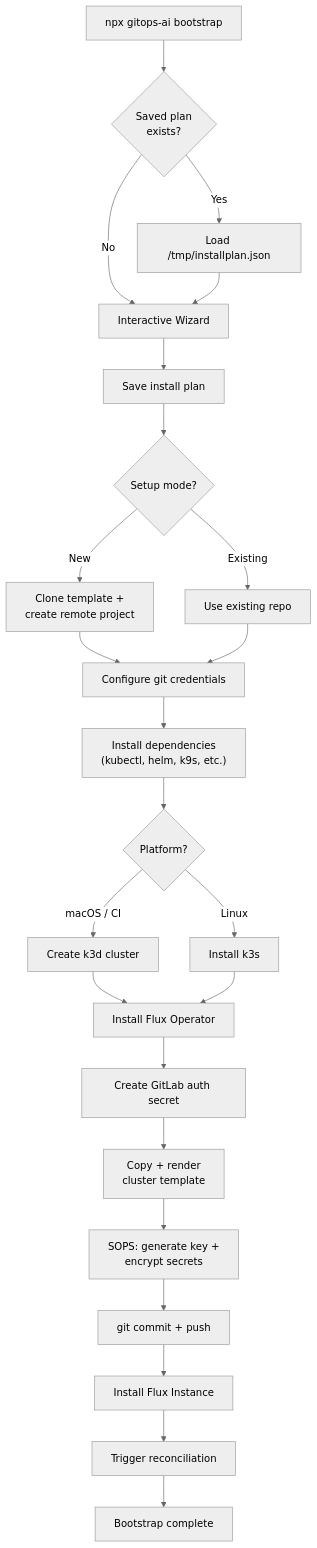
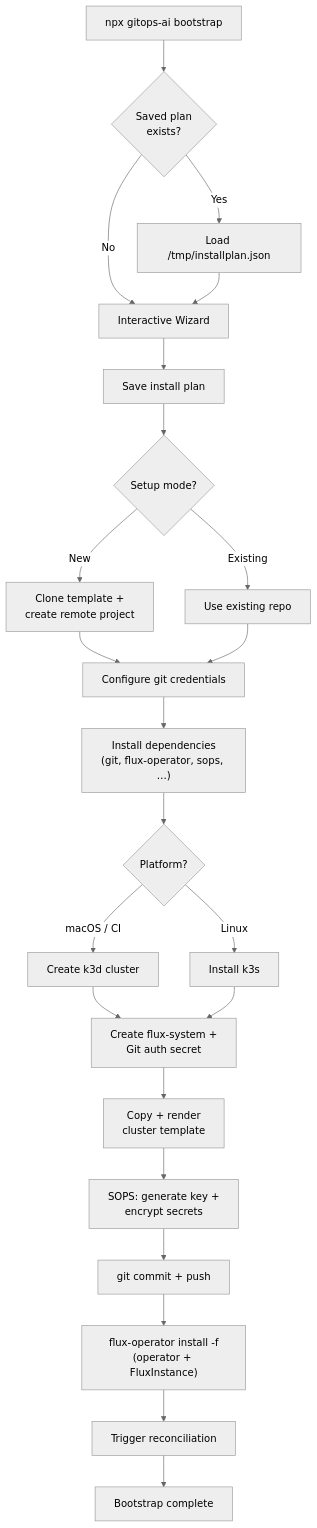
Before and after one commit to GitOpsAI/gitops-ai-bootstrapper: the second of 4 diagrams in docs/architecture.md, drawn with Mermaid (neutral theme). The commit also changed other lines of this file and 19 other files, not shown here.

First line of the commit message:
Remove kubectl and helm dependency (#2)

````diff
--- a/docs/architecture.md
+++ b/docs/architecture.md
@@ -44,26 +44,25 @@
 ```mermaid
 flowchart TD
     Start["npx gitops-ai bootstrap"] --> Resume{"Saved plan<br/>exists?"}
     Resume -->|Yes| LoadPlan["Load /tmp/installplan.json"]
     Resume -->|No| Wizard["Interactive Wizard"]
     LoadPlan --> Wizard
     Wizard --> SavePlan["Save install plan"]
     SavePlan --> RepoSetup{"Setup mode?"}
     RepoSetup -->|New| Clone["Clone template +<br/>create remote project"]
     RepoSetup -->|Existing| UseExisting["Use existing repo"]
     Clone --> GitCreds["Configure git credentials"]
     UseExisting --> GitCreds
-    GitCreds --> Deps["Install dependencies<br/>(kubectl, helm, k9s, etc.)"]
+    GitCreds --> Deps["Install dependencies<br/>(git, flux-operator, sops, …)"]
     Deps --> K8s{"Platform?"}
     K8s -->|macOS / CI| K3d["Create k3d cluster"]
     K8s -->|Linux| K3s["Install k3s"]
-    K3d --> FluxOp["Install Flux Operator"]
-    K3s --> FluxOp
-    FluxOp --> GitSecret["Create GitLab auth secret"]
+    K3d --> GitSecret["Create flux-system +<br/>Git auth secret"]
+    K3s --> GitSecret
     GitSecret --> Template["Copy + render<br/>cluster template"]
     Template --> SOPS["SOPS: generate key +<br/>encrypt secrets"]
     SOPS --> Push["git commit + push"]
-    Push --> FluxInst["Install Flux Instance"]
-    FluxInst --> Reconcile["Trigger reconciliation"]
+    Push --> FluxInstall["flux-operator install -f<br/>(operator + FluxInstance)"]
+    FluxInstall --> Reconcile["Trigger reconciliation"]
     Reconcile --> Done["Bootstrap complete"]
 ```
````
